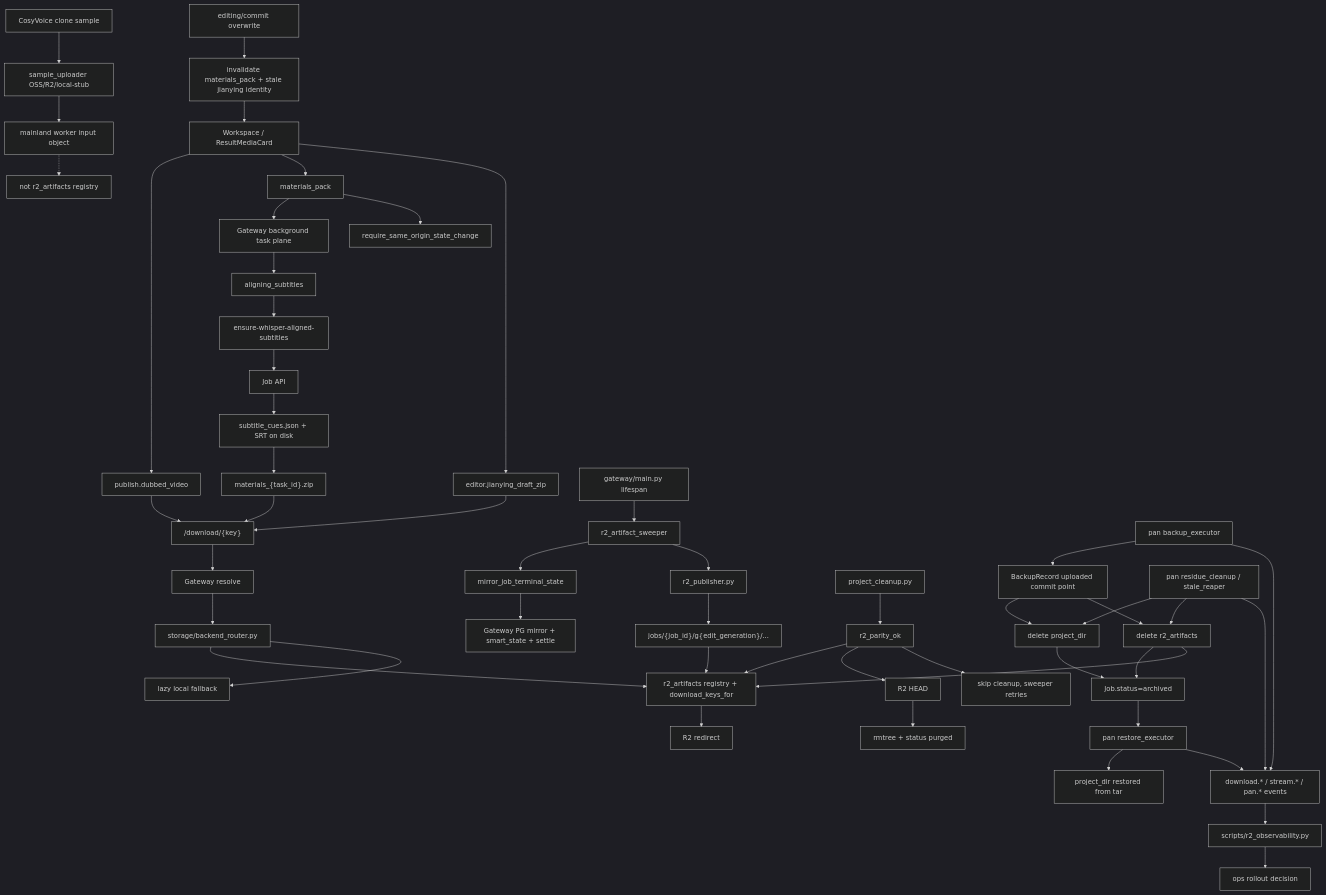
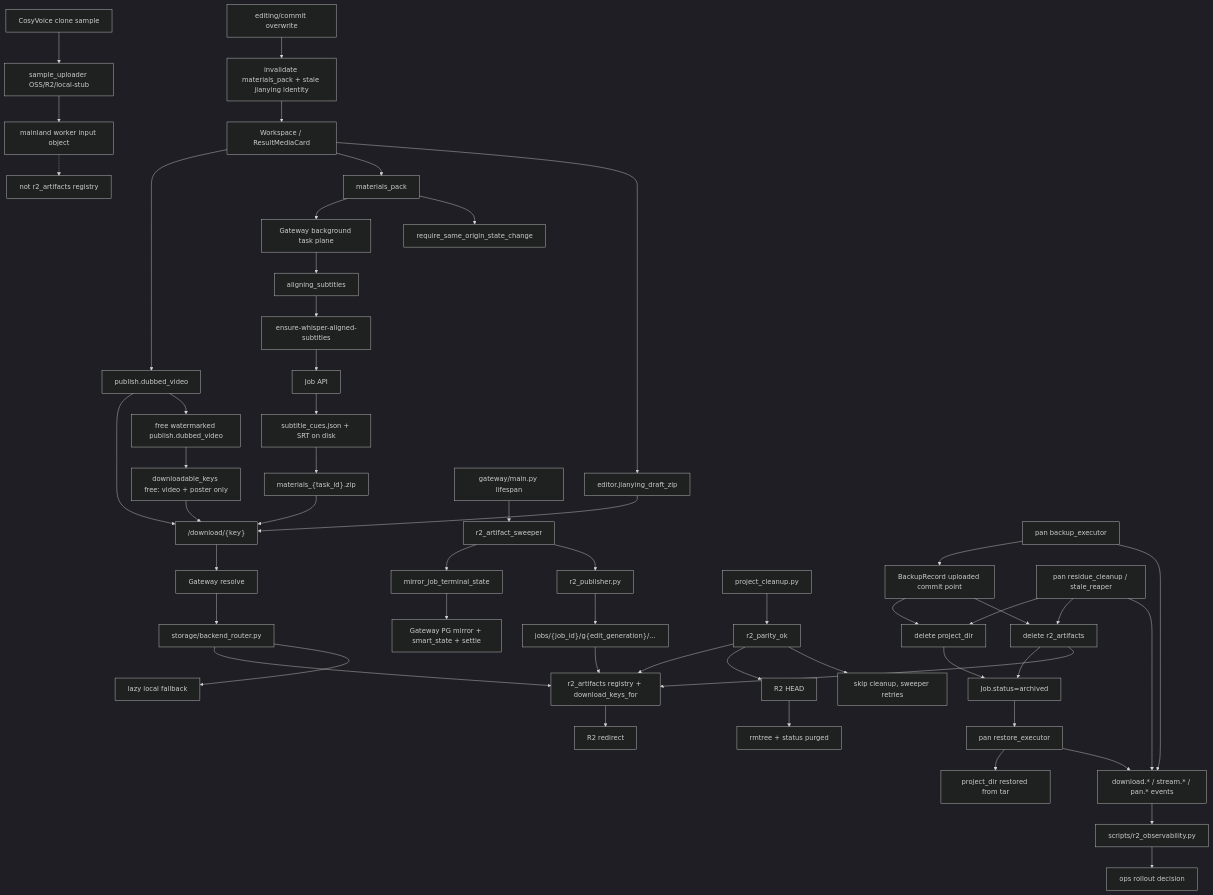
One commit to sun9bear/AITransVideo changed the diagram in docs/graphs/GITNEXUS_STORAGE_DELIVERY_R2_GRAPH.md. Above: the diagram before and after it, drawn with Mermaid (dark theme). The commit also changed other lines of this file and 11 other files, not shown here.

Commit message:
docs(graphs): refresh GitNexus project maps

````diff
--- a/docs/graphs/GITNEXUS_STORAGE_DELIVERY_R2_GRAPH.md
+++ b/docs/graphs/GITNEXUS_STORAGE_DELIVERY_R2_GRAPH.md
@@ -21,60 +22,63 @@
 ```mermaid
 graph TD
     ResultUI["Workspace / ResultMediaCard"] --> Video["publish.dubbed_video"]
     ResultUI --> Pack["materials_pack"]
     ResultUI --> JDraft["editor.jianying_draft_zip"]
 
     Pack --> TaskPlane["Gateway background task plane"]
     Pack --> CSRF["require_same_origin_state_change"]
     TaskPlane --> PreAlign["aligning_subtitles"]
     PreAlign --> EnsureApi["ensure-whisper-aligned-subtitles"]
     EnsureApi --> JobApi["Job API"]
     JobApi --> OnDiskSrt["subtitle_cues.json + SRT on disk"]
     OnDiskSrt --> PackZip["materials_{task_id}.zip"]
 
     Video --> DownloadKey["/download/{key}"]
+    Video --> FreeWatermarked["free watermarked publish.dubbed_video"]
     JDraft --> DownloadKey
     PackZip --> DownloadKey
+    FreeWatermarked --> FreeKeys["downloadable_keys free: video + poster only"]
+    FreeKeys --> DownloadKey
     DownloadKey --> Gateway["Gateway resolve"]
     Gateway --> Router["storage/backend_router.py"]
     Router --> Registry["r2_artifacts registry + download_keys_for"]
     Registry --> R2["R2 redirect"]
     Router --> Local["lazy local fallback"]
 
     MainLife["gateway/main.py lifespan"] --> Sweeper["r2_artifact_sweeper"]
     Sweeper --> Mirror["mirror_job_terminal_state"]
     Mirror --> PG["Gateway PG mirror + smart_state + settle"]
     Sweeper --> Publisher["r2_publisher.py"]
     Publisher --> Keys["jobs/{job_id}/g{edit_generation}/..."]
     Keys --> Registry
 
     Cleanup["project_cleanup.py"] --> Parity["r2_parity_ok"]
     Parity --> Registry
     Parity --> Head["R2 HEAD"]
     Head --> Purge["rmtree + status purged"]
     Parity --> Skip["skip cleanup, sweeper retries"]
 
     PanBackup["pan backup_executor"] --> PanUploaded["BackupRecord uploaded commit point"]
     PanUploaded --> PanLocalDelete["delete project_dir"]
     PanUploaded --> PanR2Delete["delete r2_artifacts"]
     PanLocalDelete --> PanArchived["Job.status=archived"]
     PanR2Delete --> PanArchived
     PanArchived --> PanRestore["pan restore_executor"]
     PanRestore --> RestoredProject["project_dir restored from tar"]
     PanR2Delete --> Registry
     PanResidue["pan residue_cleanup / stale_reaper"] --> PanLocalDelete
     PanResidue --> PanR2Delete
 
     CosyClone["CosyVoice clone sample"] --> SampleUploader["sample_uploader OSS/R2/local-stub"]
     SampleUploader --> WorkerInput["mainland worker input object"]
     WorkerInput -.-> NotRegistry["not r2_artifacts registry"]
 
     EventLog["download.* / stream.* / pan.* events"] --> R2Obs["scripts/r2_observability.py"]
     PanBackup --> EventLog
     PanRestore --> EventLog
     PanResidue --> EventLog
     R2Obs --> Ops["ops rollout decision"]
 
     EditCommit["editing/commit overwrite"] --> Invalidate["invalidate materials_pack + stale jianying identity"]
     Invalidate --> ResultUI
 ```
````
